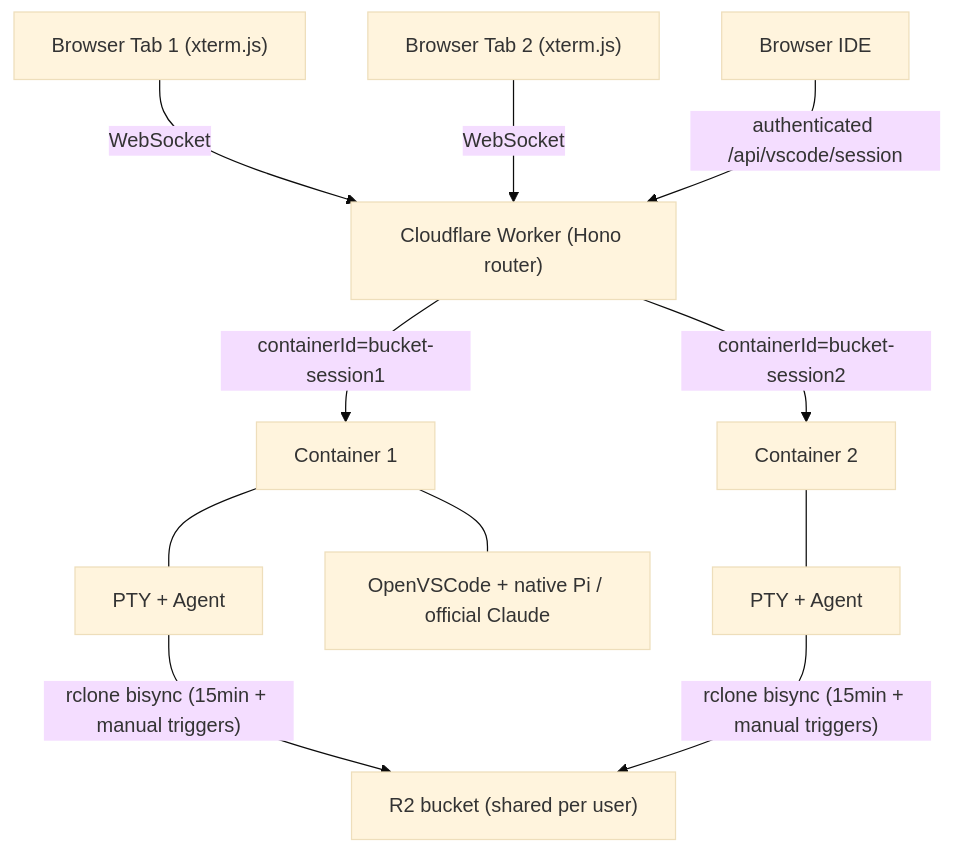
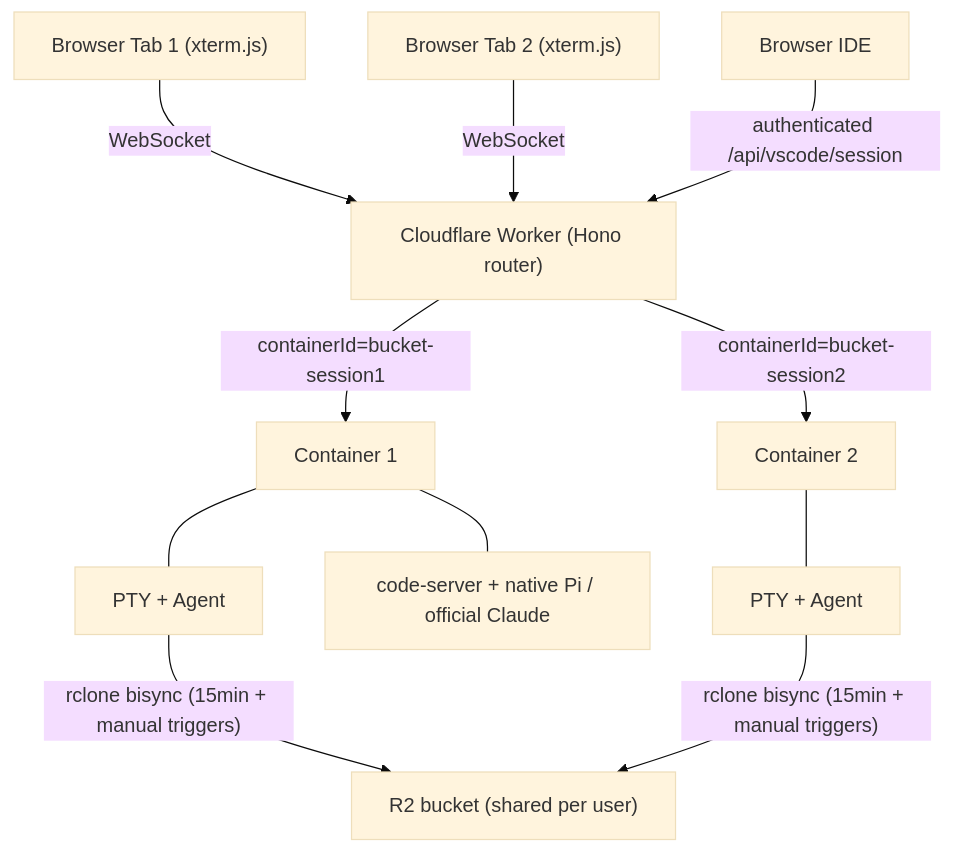
Before and after one commit to nikolanovoselec/codeflare: the first of 11 diagrams in documentation/lanes/architecture.md, drawn with Mermaid (base theme). The commit also changed other lines of this file and 281 other files, not shown here.

````diff
--- a/documentation/lanes/architecture.md
+++ b/documentation/lanes/architecture.md
@@ -24,13 +24,13 @@
 ```mermaid
 graph TD
     B1["Browser Tab 1 (xterm.js)"] -->|WebSocket| W["Cloudflare Worker (Hono router)"]
     B2["Browser Tab 2 (xterm.js)"] -->|WebSocket| W
     BI["Browser IDE"] -->|"authenticated /api/vscode/session"| W
     W -->|"containerId=bucket-session1"| C1["Container 1"]
     W -->|"containerId=bucket-session2"| C2["Container 2"]
     C1 --- P1["PTY + Agent"]
-    C1 --- O1["OpenVSCode + native Pi / official Claude"]
+    C1 --- O1["code-server + native Pi / official Claude"]
     C2 --- P2["PTY + Agent"]
     P1 -->|"rclone bisync (15min + manual triggers)"| R2["R2 bucket (shared per user)"]
     P2 -->|"rclone bisync (15min + manual triggers)"| R2
 ```
````
